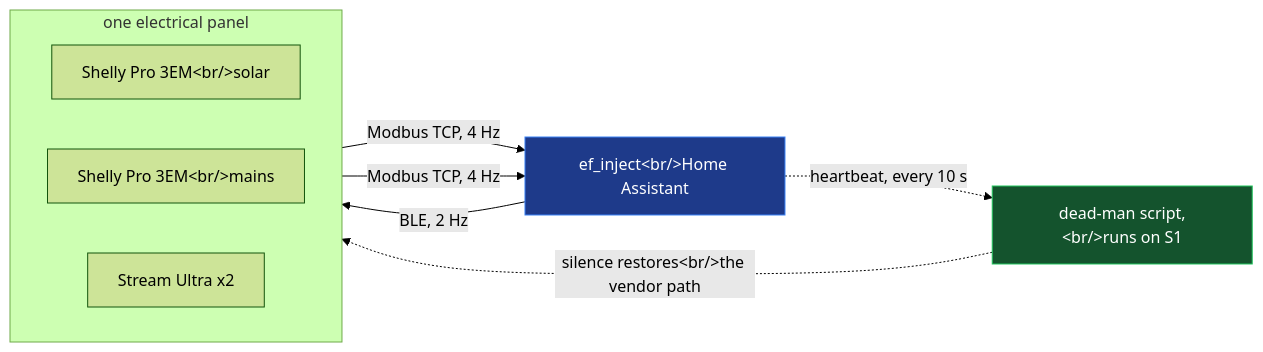
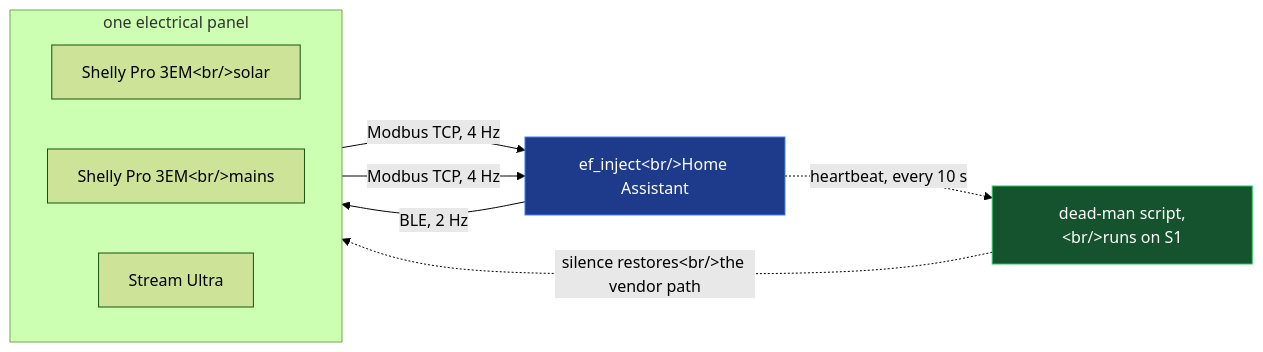
The seventh of 17 diagrams in content/posts/ecoflow-zero-export-ble-meter-injection/index.md (phoinixgrr/mastori), drawn with Mermaid (forest theme) before and after one commit. The commit also changed other lines of this file and 14 other files, not shown here.

```diff
--- a/content/posts/ecoflow-zero-export-ble-meter-injection/index.md
+++ b/content/posts/ecoflow-zero-export-ble-meter-injection/index.md
@@ -236,17 +236,17 @@
 {{< mermaid >}}
 flowchart LR
     subgraph panel["one electrical panel"]
         direction LR
         S1["Shelly Pro 3EM&lt;br/&gt;solar"]
         S2["Shelly Pro 3EM&lt;br/&gt;mains"]
-        U["Stream Ultra x2"]
+        U["Stream Ultra"]
     end
     S1 -->|"Modbus TCP, 4 Hz"| R["ef_inject&lt;br/&gt;Home Assistant"]
     S2 -->|"Modbus TCP, 4 Hz"| R
     R -->|"BLE, 2 Hz"| U
     R -.->|"heartbeat, every 10 s"| D["dead-man script,&lt;br/&gt;runs on S1"]
     D -.->|"silence restores&lt;br/&gt;the vendor path"| S1
 
     style R fill:#1e3a8a,stroke:#3b82f6,color:#fff
     style D fill:#14532d,stroke:#22c55e,color:#fff
 {{< /mermaid >}}
```
